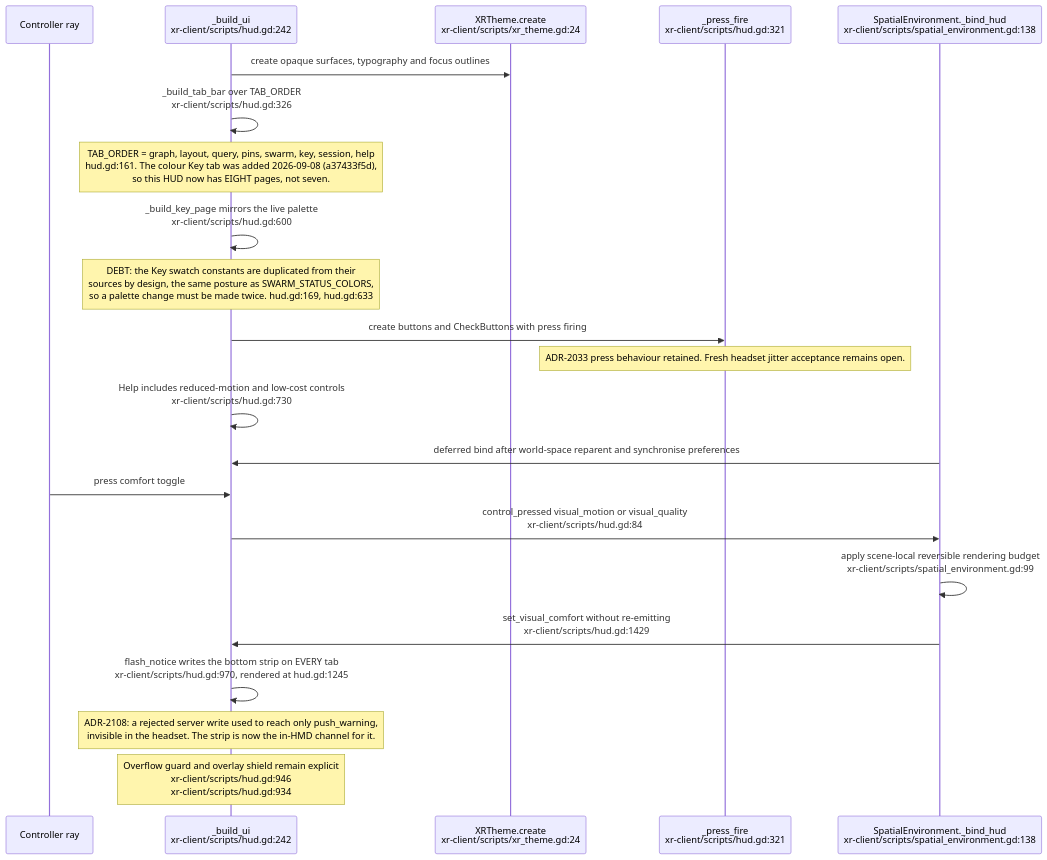
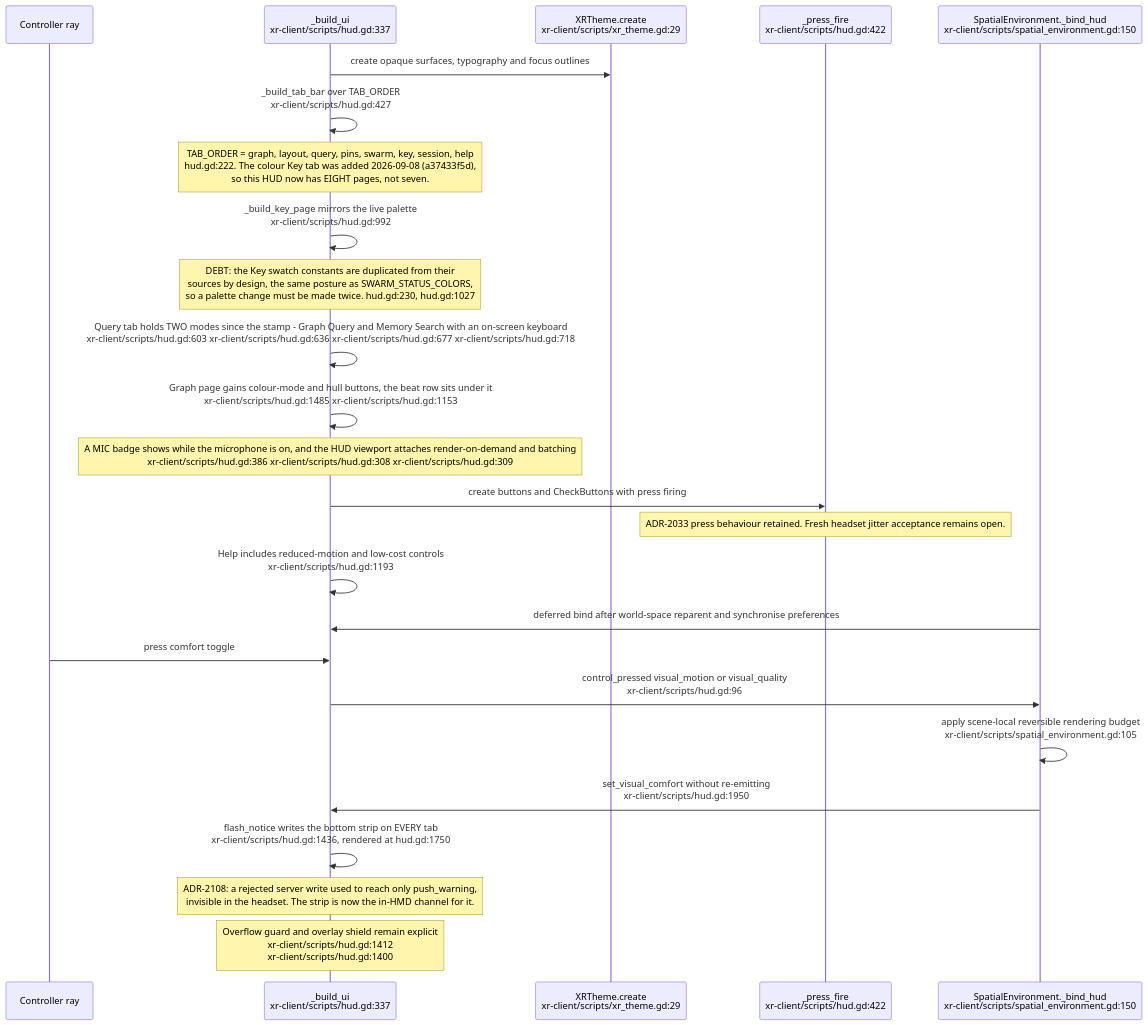
One commit to DreamLab-AI/VisionFlow changed the eighth of 26 diagrams in docs/diagrams/visionclaw/36-godot-xr-client.md. Above: the diagram before and after it, drawn with Mermaid. The commit also changed other lines of this file and 26 other files, not shown here.

First line of the commit message:
docs(diagrams): re-verify solid-pod-rs, nostr-rust-forum and visionclaw 22/36 against HEAD

````diff
--- a/docs/diagrams/visionclaw/36-godot-xr-client.md
+++ b/docs/diagrams/visionclaw/36-godot-xr-client.md
@@ -391,24 +417,27 @@
 ```mermaid
 sequenceDiagram
     participant W as Controller ray
-    participant HUD as _build_ui<br/>xr-client/scripts/hud.gd:242
-    participant Theme as XRTheme.create<br/>xr-client/scripts/xr_theme.gd:24
-    participant Press as _press_fire<br/>xr-client/scripts/hud.gd:321
-    participant Env as SpatialEnvironment._bind_hud<br/>xr-client/scripts/spatial_environment.gd:138
+    participant HUD as _build_ui<br/>xr-client/scripts/hud.gd:337
+    participant Theme as XRTheme.create<br/>xr-client/scripts/xr_theme.gd:29
+    participant Press as _press_fire<br/>xr-client/scripts/hud.gd:422
+    participant Env as SpatialEnvironment._bind_hud<br/>xr-client/scripts/spatial_environment.gd:150
     HUD->>Theme: create opaque surfaces, typography and focus outlines
-    HUD->>HUD: _build_tab_bar over TAB_ORDER<br/>xr-client/scripts/hud.gd:326
-    Note over HUD: TAB_ORDER = graph, layout, query, pins, swarm, key, session, help<br/>hud.gd:161. The colour Key tab was added 2026-09-08 (a37433f5d),<br/>so this HUD now has EIGHT pages, not seven.
-    HUD->>HUD: _build_key_page mirrors the live palette<br/>xr-client/scripts/hud.gd:600
-    Note over HUD: DEBT: the Key swatch constants are duplicated from their<br/>sources by design, the same posture as SWARM_STATUS_COLORS,<br/>so a palette change must be made twice. hud.gd:169, hud.gd:633
+    HUD->>HUD: _build_tab_bar over TAB_ORDER<br/>xr-client/scripts/hud.gd:427
+    Note over HUD: TAB_ORDER = graph, layout, query, pins, swarm, key, session, help<br/>hud.gd:222. The colour Key tab was added 2026-09-08 (a37433f5d),<br/>so this HUD now has EIGHT pages, not seven.
+    HUD->>HUD: _build_key_page mirrors the live palette<br/>xr-client/scripts/hud.gd:992
+    Note over HUD: DEBT: the Key swatch constants are duplicated from their<br/>sources by design, the same posture as SWARM_STATUS_COLORS,<br/>so a palette change must be made twice. hud.gd:230, hud.gd:1027
+    HUD->>HUD: Query tab holds TWO modes since the stamp - Graph Query and Memory Search with an on-screen keyboard<br/>xr-client/scripts/hud.gd:603 xr-client/scripts/hud.gd:636 xr-client/scripts/hud.gd:677 xr-client/scripts/hud.gd:718
+    HUD->>HUD: Graph page gains colour-mode and hull buttons, the beat row sits under it<br/>xr-client/scripts/hud.gd:1485 xr-client/scripts/hud.gd:1153
+    Note over HUD: A MIC badge shows while the microphone is on, and the HUD viewport attaches render-on-demand and batching<br/>xr-client/scripts/hud.gd:386 xr-client/scripts/hud.gd:308 xr-client/scripts/hud.gd:309
     HUD->>Press: create buttons and CheckButtons with press firing
     Note over Press: ADR-2033 press behaviour retained. Fresh headset jitter acceptance remains open.
-    HUD->>HUD: Help includes reduced-motion and low-cost controls<br/>xr-client/scripts/hud.gd:730
+    HUD->>HUD: Help includes reduced-motion and low-cost controls<br/>xr-client/scripts/hud.gd:1193
     Env->>HUD: deferred bind after world-space reparent and synchronise preferences
     W->>HUD: press comfort toggle
-    HUD->>Env: control_pressed visual_motion or visual_quality<br/>xr-client/scripts/hud.gd:84
-    Env->>Env: apply scene-local reversible rendering budget<br/>xr-client/scripts/spatial_environment.gd:99
-    Env->>HUD: set_visual_comfort without re-emitting<br/>xr-client/scripts/hud.gd:1429
-    HUD->>HUD: flash_notice writes the bottom strip on EVERY tab<br/>xr-client/scripts/hud.gd:970, rendered at hud.gd:1245
+    HUD->>Env: control_pressed visual_motion or visual_quality<br/>xr-client/scripts/hud.gd:96
+    Env->>Env: apply scene-local reversible rendering budget<br/>xr-client/scripts/spatial_environment.gd:105
+    Env->>HUD: set_visual_comfort without re-emitting<br/>xr-client/scripts/hud.gd:1950
+    HUD->>HUD: flash_notice writes the bottom strip on EVERY tab<br/>xr-client/scripts/hud.gd:1436, rendered at hud.gd:1750
     Note over HUD: ADR-2108: a rejected server write used to reach only push_warning,<br/>invisible in the headset. The strip is now the in-HMD channel for it.
-    Note over HUD: Overflow guard and overlay shield remain explicit<br/>xr-client/scripts/hud.gd:946<br/>xr-client/scripts/hud.gd:934
+    Note over HUD: Overflow guard and overlay shield remain explicit<br/>xr-client/scripts/hud.gd:1412<br/>xr-client/scripts/hud.gd:1400
 ```
````
